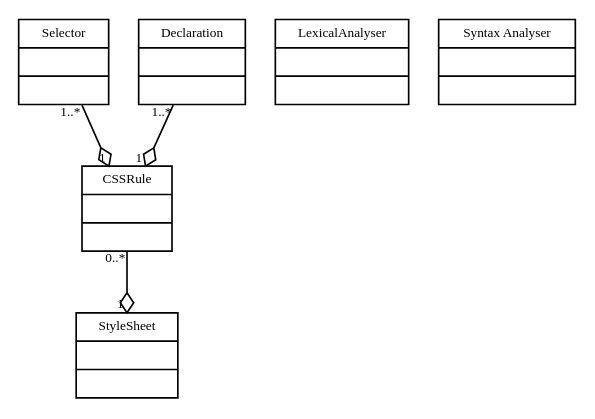
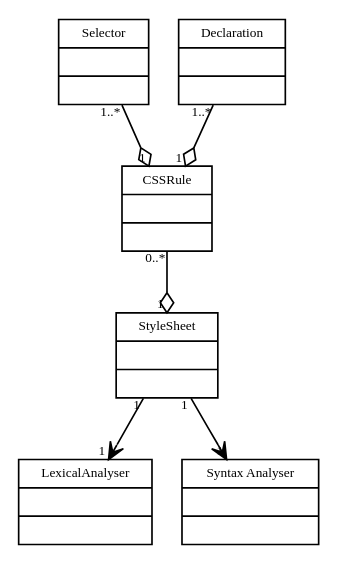
One commit to ScenarioWeekTeam/browser-uml changed the diagram in css-parser.gv. Above: the diagram before and after it, drawn with Graphviz. The commit also changed 1 other file, not shown here.

```diff
--- a/css-parser.gv
+++ b/css-parser.gv
@@ -1,58 +1,68 @@
 digraph g {
     fontname = "Bitstream Vera Sans"
     fontsize = 8
 
    node [
         fontname = "Bitstream Vera Sans"
         fontsize = 8
         shape = "record"
     ]
 
     edge [
         fontname = "Bitstream Vera Sans"
         fontsize = 8
     ]
 
     StyleSheet [
         label = "{StyleSheet|\l|\l}"
     ]
     
     CSSRule [
         label = "{CSSRule|\l|\l}"
     ]
     
     Selector [
         label = "{Selector|\l|\l}"
     ]
     
     Declaration [
         label = "{Declaration|\l|\l}"
     ]
     
     edge [
         arrowhead = "ediamond"
         
         headlabel = "1 "
         taillabel = "0..*"
     ]
     
     CSSRule -> StyleSheet
     
     edge [
         arrowhead = "ediamond"
         
         headlabel = "1 "
         taillabel = "1..*"
     ]
     
     Selector -> CSSRule
     Declaration -> CSSRule
     
     LexicalAnalyser [
         label = "{LexicalAnalyser|\l|\l}"
     ]
     
     SyntaxAnalyser [
         label = "{Syntax Analyser|\l|\l}"
     ]
+    
+    edge [
+        arrowhead = "open"
+        
+        headlabel = "1 "
+        taillabel = "1 "
+    ]
+    
+    StyleSheet -> LexicalAnalyser
+    StyleSheet -> SyntaxAnalyser
 }
```
